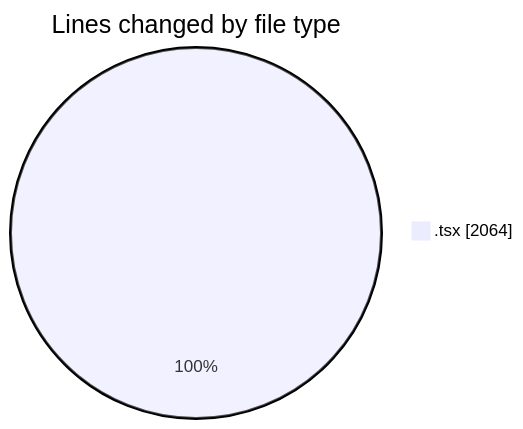
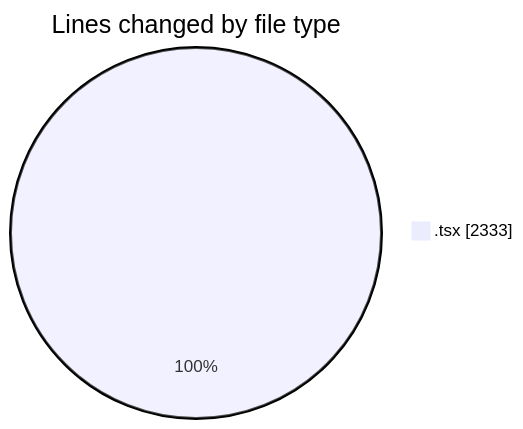
Before and after one commit to Elitesun/code-tracking: the first of 2 diagrams in 2025-05-07/niten/README.md, drawn with Mermaid. The commit also changed other lines of this file and 1 other file, not shown here.

````diff
--- a/2025-05-07/niten/README.md
+++ b/2025-05-07/niten/README.md
@@ -40,5 +41,5 @@
 ```mermaid
 pie showData
 title Lines changed by file type
-".tsx" : 2064
+".tsx" : 2333
 ```
````
